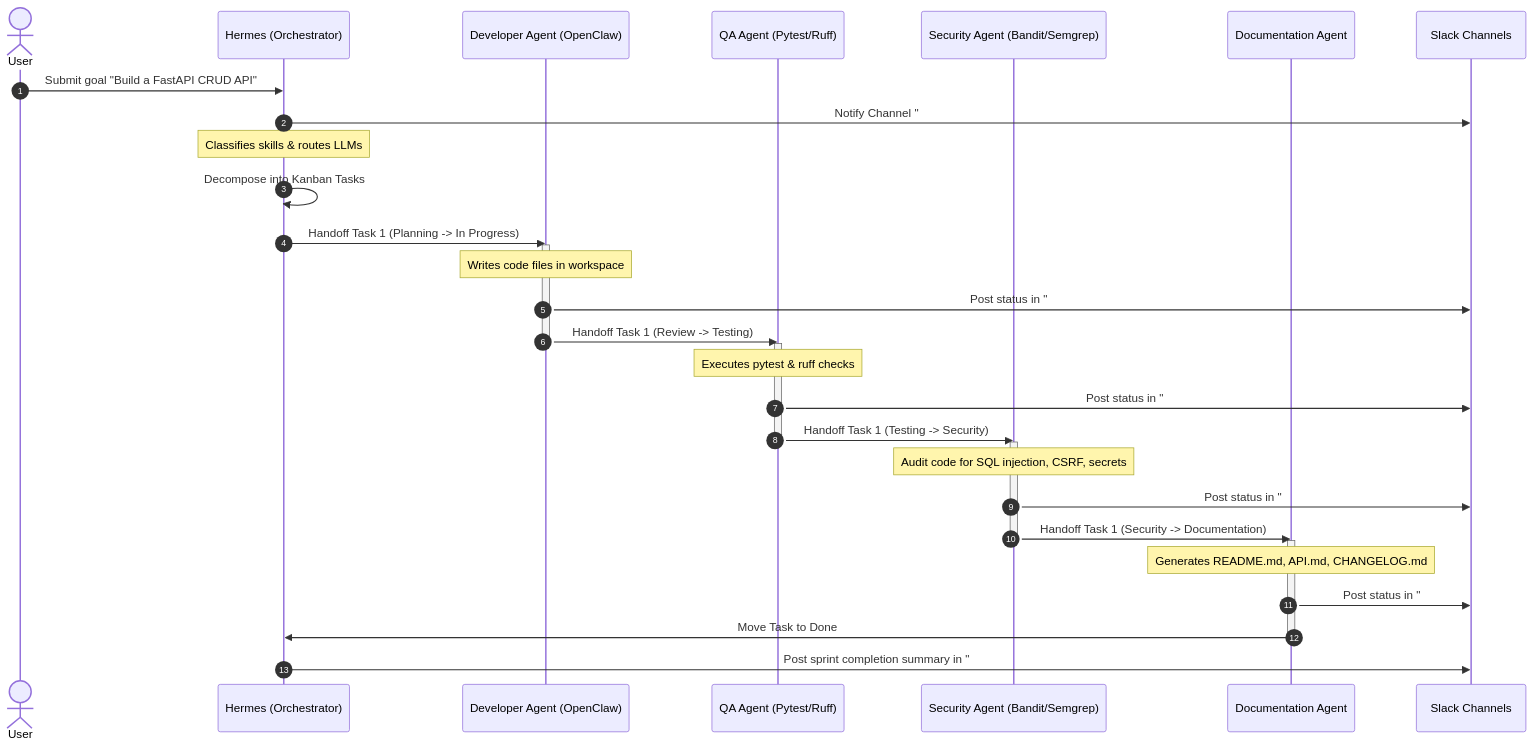
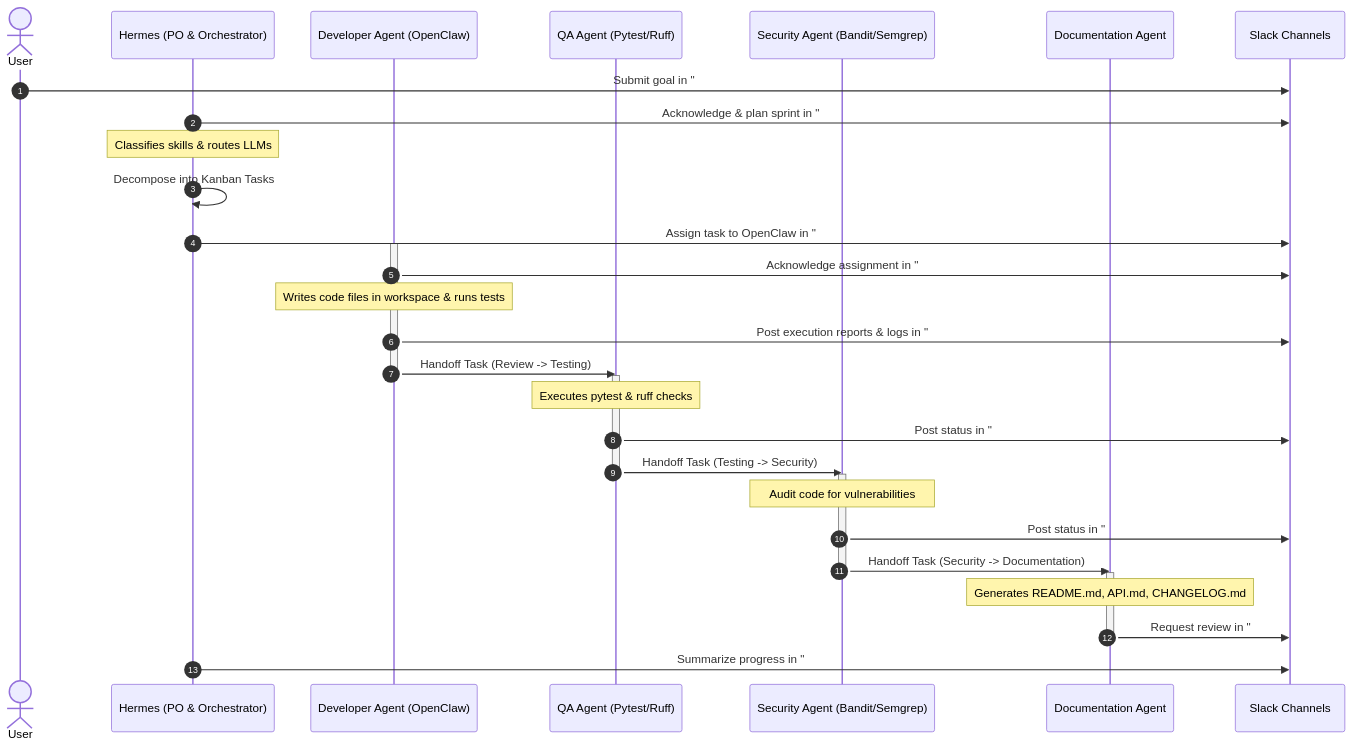
The second of 3 diagrams in ARCHITECTURE.md (vedantsinggh/flaw_code), drawn with Mermaid before and after one commit. The commit also changed other lines of this file and 19 other files, not shown here.

````diff
--- a/ARCHITECTURE.md
+++ b/ARCHITECTURE.md
@@ -47,43 +47,43 @@
 ```mermaid
 sequenceDiagram
     autonumber
     actor User
-    participant Hermes as Hermes (Orchestrator)
+    participant Hermes as Hermes (PO & Orchestrator)
     participant Dev as Developer Agent (OpenClaw)
     participant QA as QA Agent (Pytest/Ruff)
     participant Sec as Security Agent (Bandit/Semgrep)
     participant Doc as Documentation Agent
     participant Slack as Slack Channels
 
-    User->>Hermes: Submit goal "Build a FastAPI CRUD API"
-    Hermes->>Slack: Notify Channel "#sprint-main"
+    User->>Slack: Submit goal in "#sprint-main"
+    Hermes->>Slack: Acknowledge & plan sprint in "#sprint-main"
     Note over Hermes: Classifies skills & routes LLMs
     Hermes->>Hermes: Decompose into Kanban Tasks
-    Hermes->>Dev: Handoff Task 1 (Planning -> In Progress)
+    Hermes->>Slack: Assign task to OpenClaw in "#agent-coder"
     
     activate Dev
-    Note over Dev: Writes code files in workspace
-    Dev->>Slack: Post status in "#agent-developer"
-    Dev->>QA: Handoff Task 1 (Review -> Testing)
+    Dev->>Slack: Acknowledge assignment in "#agent-coder"
+    Note over Dev: Writes code files in workspace & runs tests
+    Dev->>Slack: Post execution reports & logs in "#agent-log"
+    Dev->>QA: Handoff Task (Review -> Testing)
     deactivate Dev
 
     activate QA
     Note over QA: Executes pytest & ruff checks
     QA->>Slack: Post status in "#agent-qa" & "#ci-cd"
-    QA->>Sec: Handoff Task 1 (Testing -> Security)
+    QA->>Sec: Handoff Task (Testing -> Security)
     deactivate QA
 
     activate Sec
-    Note over Sec: Audit code for SQL injection, CSRF, secrets
+    Note over Sec: Audit code for vulnerabilities
     Sec->>Slack: Post status in "#agent-security"
-    Sec->>Doc: Handoff Task 1 (Security -> Documentation)
+    Sec->>Doc: Handoff Task (Security -> Documentation)
     deactivate Sec
 
     activate Doc
     Note over Doc: Generates README.md, API.md, CHANGELOG.md
-    Doc->>Slack: Post status in "#agent-docs"
-    Doc->>Hermes: Move Task to Done
+    Doc->>Slack: Request review in "#human-review" & post summary in "#sprint-main"
     deactivate Doc
 
-    Hermes->>Slack: Post sprint completion summary in "#sprint-main"
+    Hermes->>Slack: Summarize progress in "#sprint-main"
 ```
````
